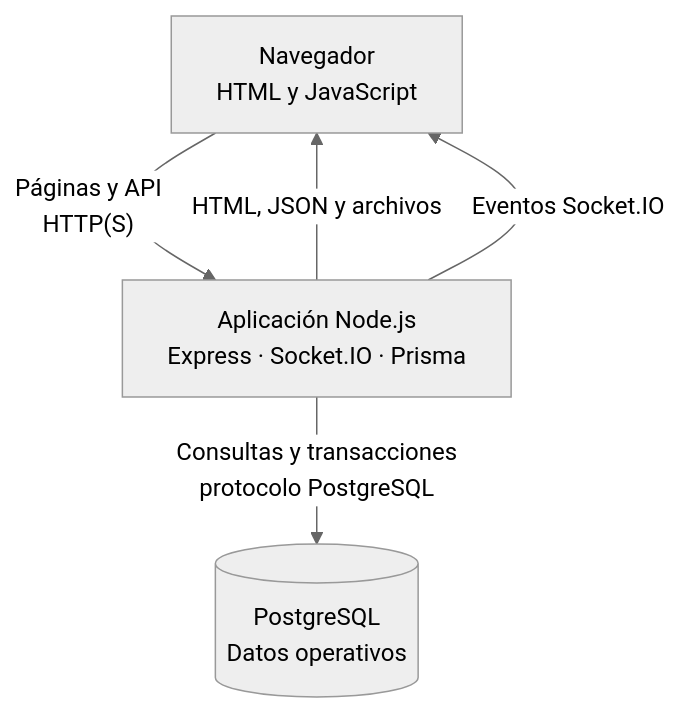
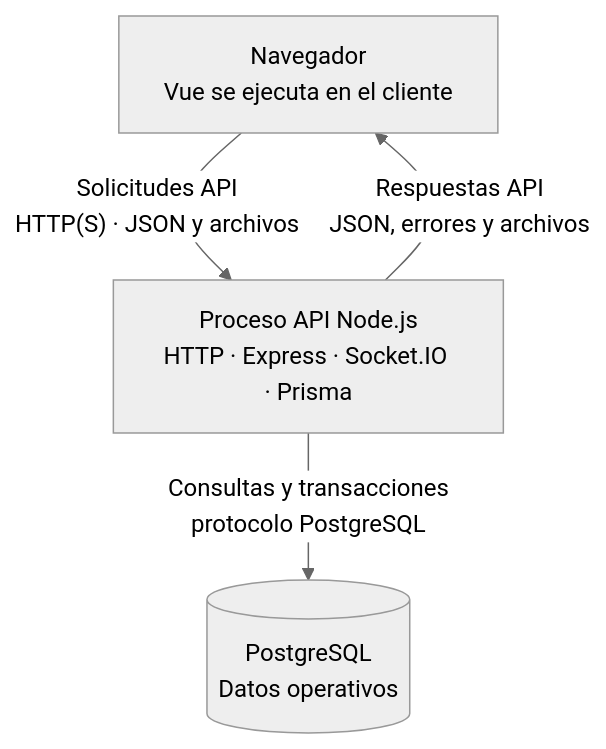
The second of 5 diagrams in back/docs/architecture/views/physical/01-system-runtime-and-deployment.md (gpgsistemas01/nexus), drawn with Mermaid (neutral theme) before and after one commit. The commit also changed other lines of this file and 26 other files, not shown here.

Commit message:
docs: focus backend architecture on API and align issue use cases

````diff
--- a/back/docs/architecture/views/physical/01-system-runtime-and-deployment.md
+++ b/back/docs/architecture/views/physical/01-system-runtime-and-deployment.md
@@ -52,10 +48,9 @@
 ```mermaid
 flowchart TB
-    browser["Navegador<br/>HTML y JavaScript"]
-    application["Aplicación Node.js<br/>Express · Socket.IO · Prisma"]
+    browser["Navegador<br/>Vue se ejecuta en el cliente"]
+    application["Proceso API Node.js<br/>HTTP · Express · Socket.IO · Prisma"]
     database[("PostgreSQL<br/>Datos operativos")]
-    browser -->|"Páginas y API<br/>HTTP(S)"| application
-    application -->|"HTML, JSON y archivos"| browser
-    application -->|"Eventos Socket.IO"| browser
+    browser -->|"Solicitudes API<br/>HTTP(S) · JSON y archivos"| application
+    application -->|"Respuestas API<br/>JSON, errores y archivos"| browser
     application -->|"Consultas y transacciones<br/>protocolo PostgreSQL"| database
 ```
````
